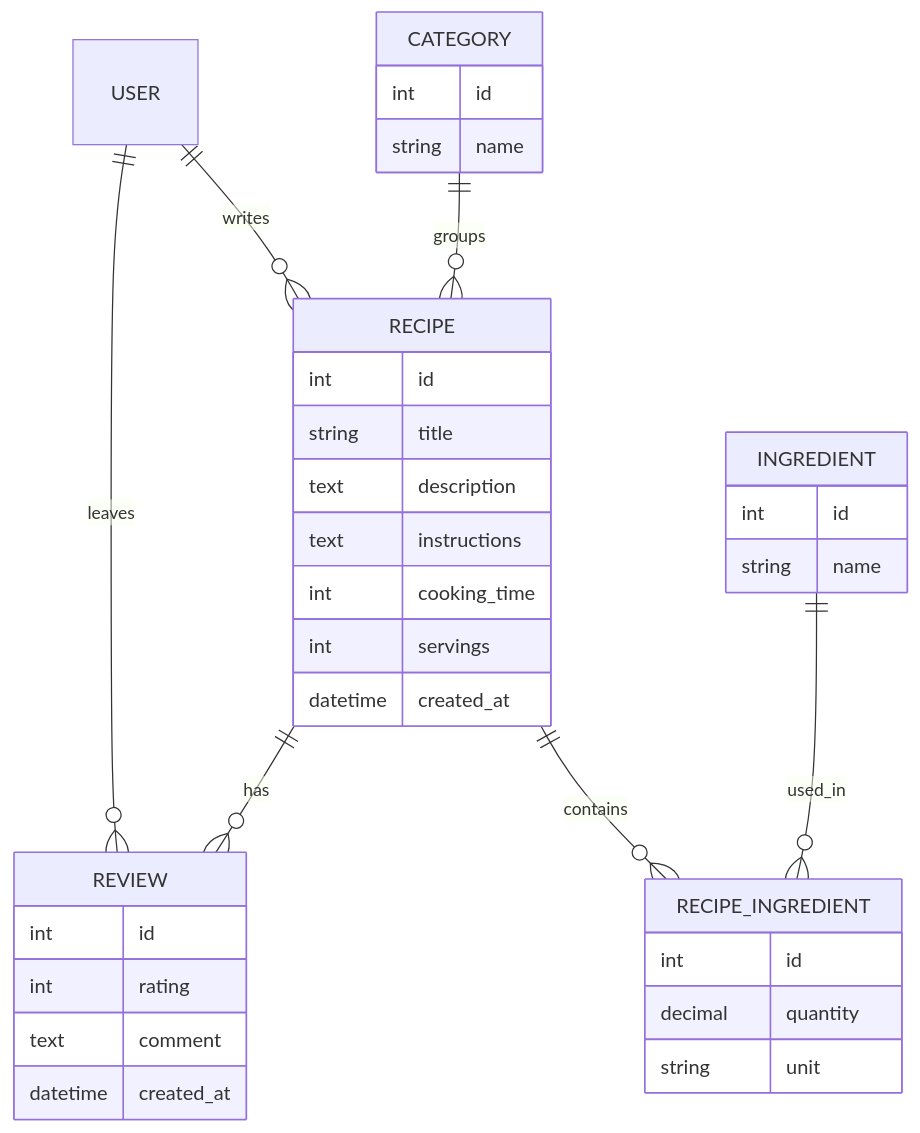
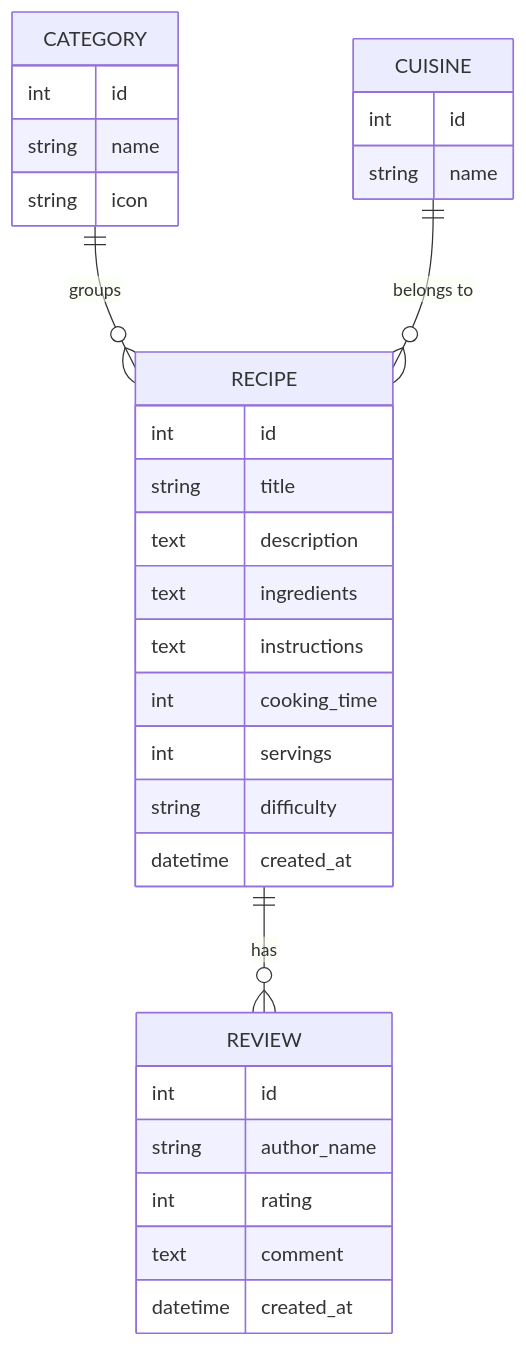
Before and after one commit to Shyngysxan/recipebook: the diagram in README.md, drawn with Mermaid. The commit also changed other lines of this file and 22 other files, not shown here.

````diff
--- a/README.md
+++ b/README.md
@@ -27,38 +10,34 @@
 ```mermaid
 erDiagram
-    USER ||--o{ RECIPE : writes
-    USER ||--o{ REVIEW : leaves
     CATEGORY ||--o{ RECIPE : groups
+    CUISINE ||--o{ RECIPE : "belongs to"
     RECIPE ||--o{ REVIEW : has
-    RECIPE ||--o{ RECIPE_INGREDIENT : contains
-    INGREDIENT ||--o{ RECIPE_INGREDIENT : used_in
 
     CATEGORY {
         int id
         string name
+        string icon
     }
-    INGREDIENT {
+    CUISINE {
         int id
         string name
     }
     RECIPE {
         int id
         string title
         text description
+        text ingredients
         text instructions
         int cooking_time
         int servings
+        string difficulty
         datetime created_at
-    }
-    RECIPE_INGREDIENT {
-        int id
-        decimal quantity
-        string unit
     }
     REVIEW {
         int id
+        string author_name
         int rating
         text comment
         datetime created_at
     }
 ```
````
